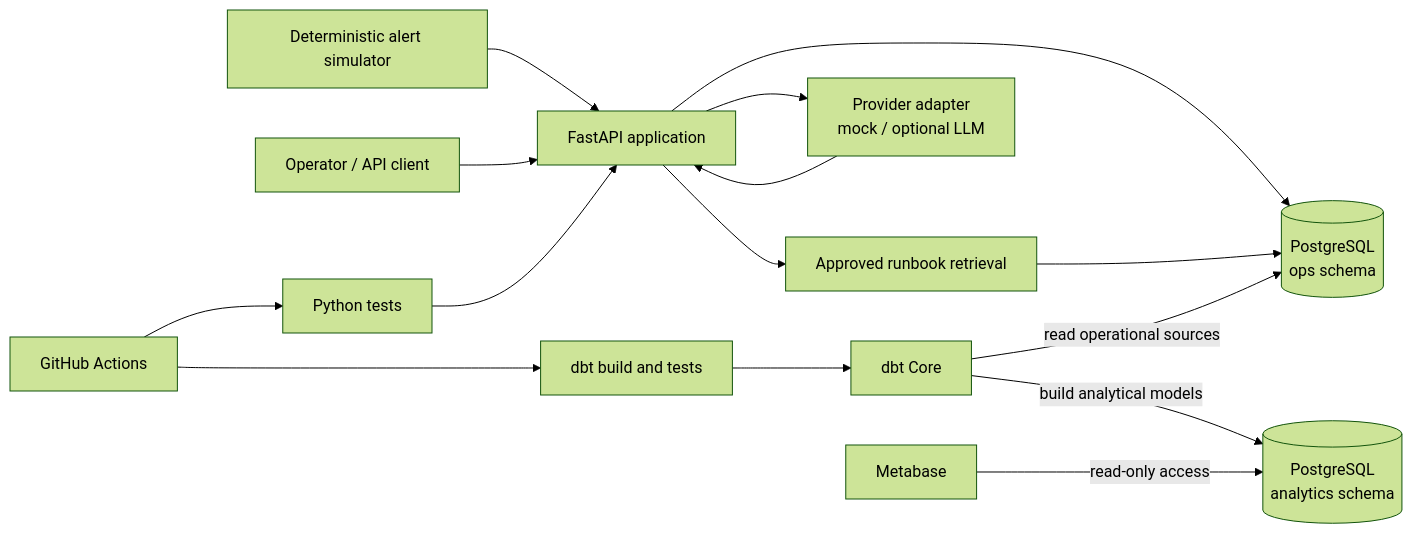
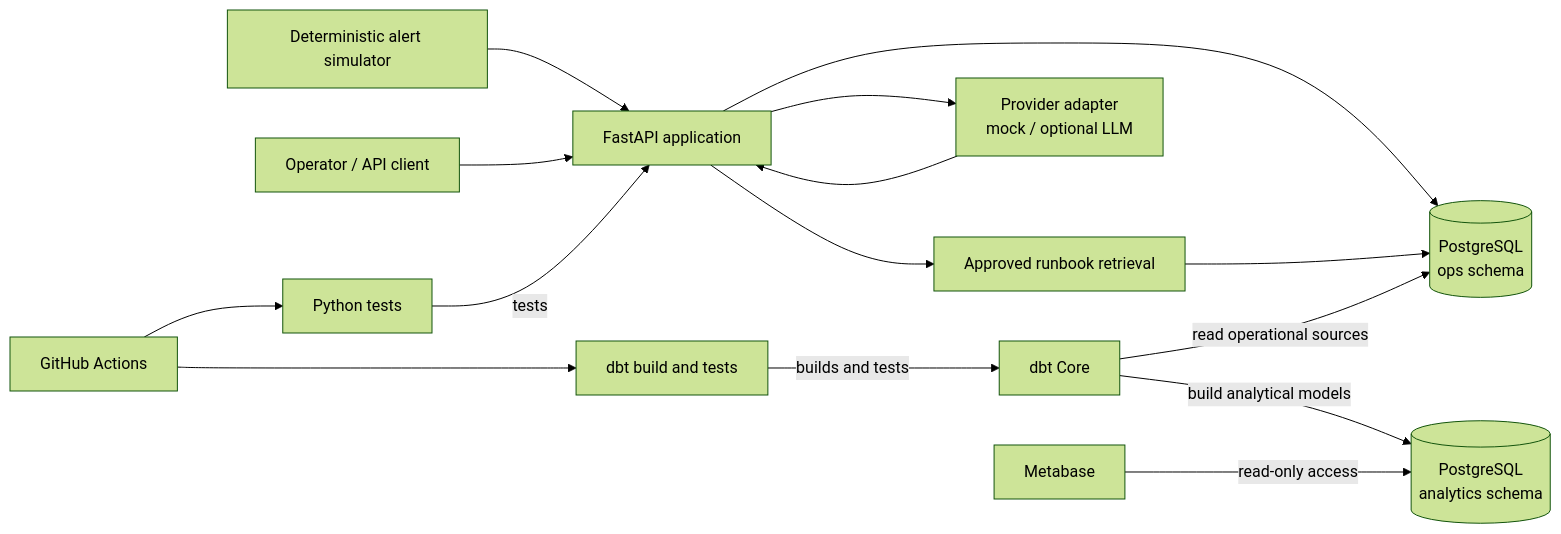
One commit to Inchara-SE/AI-Assisted-Production-Incident-IT-Operations-Platform changed the first of 7 diagrams in README.md. Above: the diagram before and after it, drawn with Mermaid (forest theme). The commit also changed other lines of this file, not shown here.

````diff
--- a/README.md
+++ b/README.md
@@ -126,17 +102,19 @@
 ```mermaid
 flowchart LR
-    SIM[Deterministic alert simulator] --> API[FastAPI application]
-    OP[Operator / API client] --> API
-    API --> OPS[(PostgreSQL<br/>ops schema)]
-    API --> RB[Approved runbook retrieval]
+    SIM["Deterministic alert simulator"] --> API["FastAPI application"]
+    OP["Operator / API client"] --> API
+    API --> OPS[("PostgreSQL<br/>ops schema")]
+    API --> RB["Approved runbook retrieval"]
     RB --> OPS
-    API --> PROVIDER[Provider adapter<br/>mock / optional LLM]
+    API --> PROVIDER["Provider adapter<br/>mock / optional LLM"]
     PROVIDER --> API
-    DBT[dbt Core] -->|read operational sources| OPS
-    DBT -->|build analytical models| ANA[(PostgreSQL<br/>analytics schema)]
-    MB[Metabase] -->|read-only access| ANA
-    CI[GitHub Actions] --> PYTEST[Python tests]
-    CI --> DBTTEST[dbt build and tests]
-    PYTEST --> API
-    DBTTEST --> DBT
+
+    DBT["dbt Core"] -->|read operational sources| OPS
+    DBT -->|build analytical models| ANA[("PostgreSQL<br/>analytics schema")]
+    MB["Metabase"] -->|read-only access| ANA
+
+    CI["GitHub Actions"] --> PYTEST["Python tests"]
+    CI --> DBTTEST["dbt build and tests"]
+    PYTEST -->|tests| API
+    DBTTEST -->|builds and tests| DBT
 ```
````
